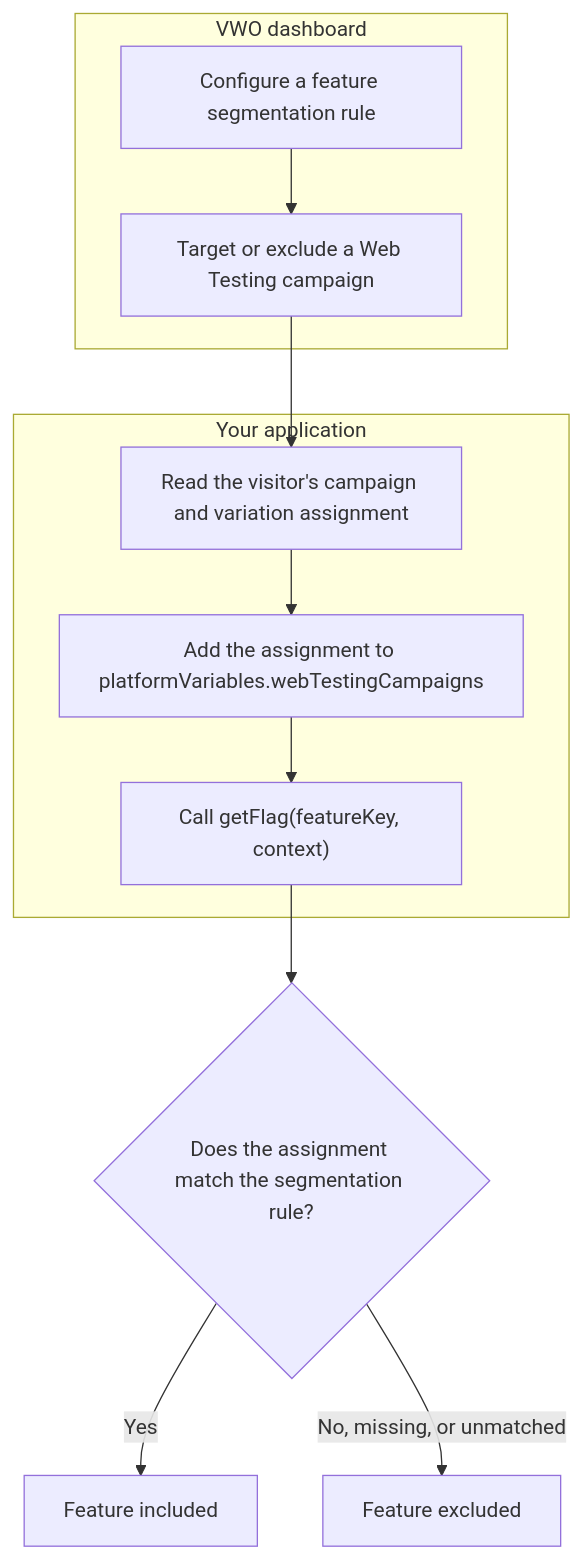
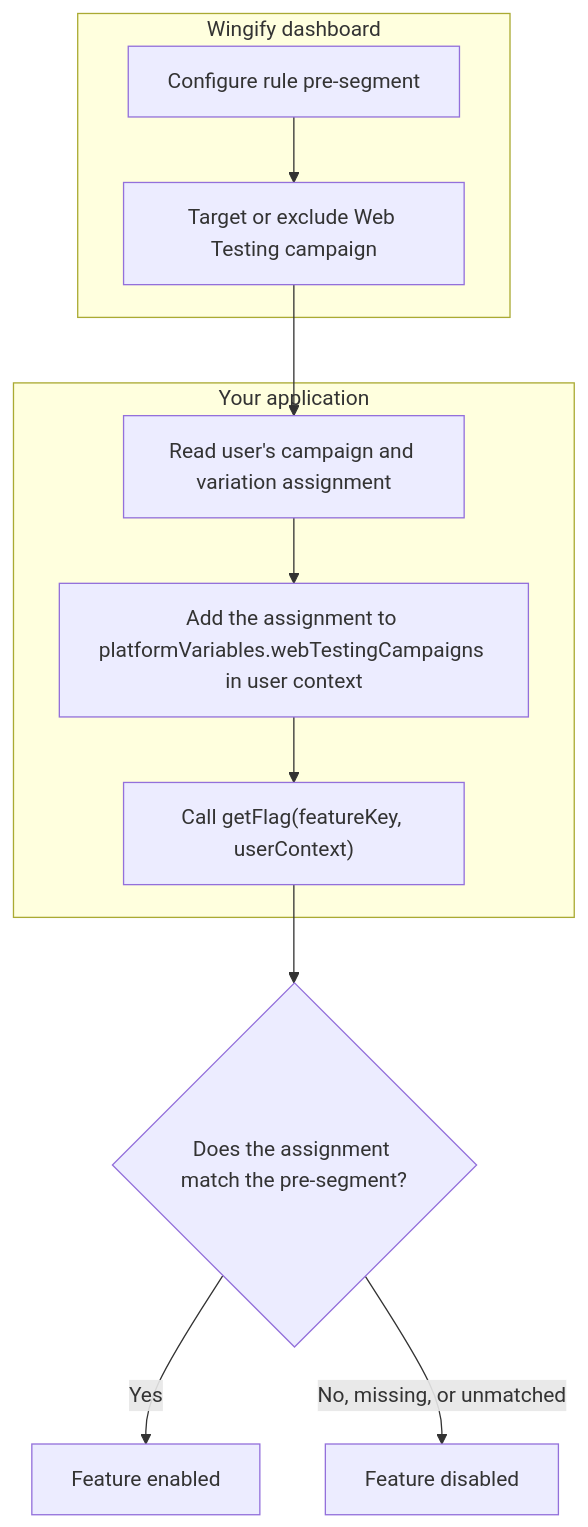
The diagram in docs/Concepts/web-testing-pre-segmentation.md (wingify/readme-central), drawn with Mermaid before and after one commit. The commit also changed other lines of this file, not shown here.

Commit message:
Update doc `web-testing-pre-segmentation`

````diff
--- a/docs/Concepts/web-testing-pre-segmentation.md
+++ b/docs/Concepts/web-testing-pre-segmentation.md
@@ -65,20 +51,20 @@
 ```mermaid
 flowchart TD
-  subgraph Dashboard["VWO dashboard"]
-    A["Configure a feature segmentation rule"]
-    B["Target or exclude a Web Testing campaign"]
+  subgraph Dashboard["Wingify dashboard"]
+    A["Configure rule pre-segment"]
+    B["Target or exclude Web Testing campaign"]
     A --> B
   end
 
   subgraph Application["Your application"]
-    C["Read the visitor's campaign and variation assignment"]
-    D["Add the assignment to platformVariables.webTestingCampaigns"]
-    E["Call getFlag(featureKey, context)"]
+    C["Read user's campaign and variation assignment"]
+    D["Add the assignment to platformVariables.webTestingCampaigns in user context"]
+    E["Call getFlag(featureKey, userContext)"]
     C --> D --> E
   end
 
   B --> C
-  E --> F{"Does the assignment match the segmentation rule?"}
-  F -- "Yes" --> G["Feature included"]
-  F -- "No, missing, or unmatched" --> H["Feature excluded"]
+  E --> F{"Does the assignment match the pre-segment?"}
+  F -- "Yes" --> G["Feature enabled"]
+  F -- "No, missing, or unmatched" --> H["Feature disabled"]
 ```
````
